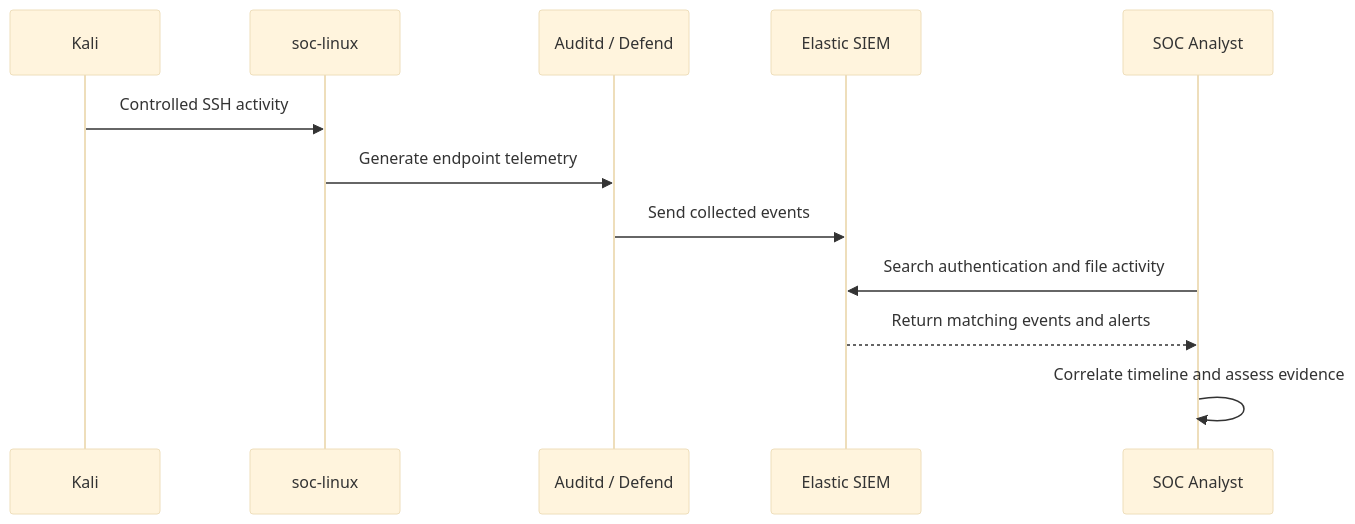
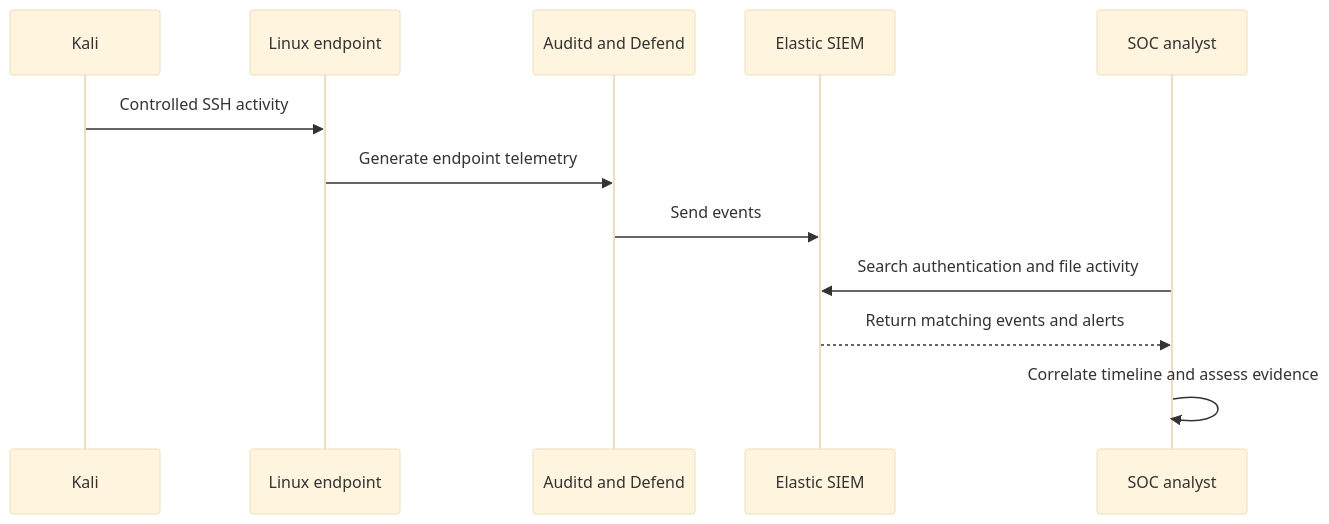
Before and after one commit to KdMenon007/CatchMe-SOC-Project-01: the eighth of 10 diagrams in 02-scenario/README.md, drawn with Mermaid (base theme). The commit also changed other lines of this file, not shown here.

````diff
--- a/02-scenario/README.md
+++ b/02-scenario/README.md
@@ -436,14 +436,14 @@
 ```mermaid
 sequenceDiagram
     participant K as Kali
-    participant L as soc-linux
-    participant A as Auditd / Defend
+    participant L as Linux endpoint
+    participant A as Auditd and Defend
     participant E as Elastic SIEM
-    participant S as SOC Analyst
+    participant S as SOC analyst
     K->>L: Controlled SSH activity
     L->>A: Generate endpoint telemetry
-    A->>E: Send collected events
+    A->>E: Send events
     S->>E: Search authentication and file activity
     E-->>S: Return matching events and alerts
     S->>S: Correlate timeline and assess evidence
 ```
````
